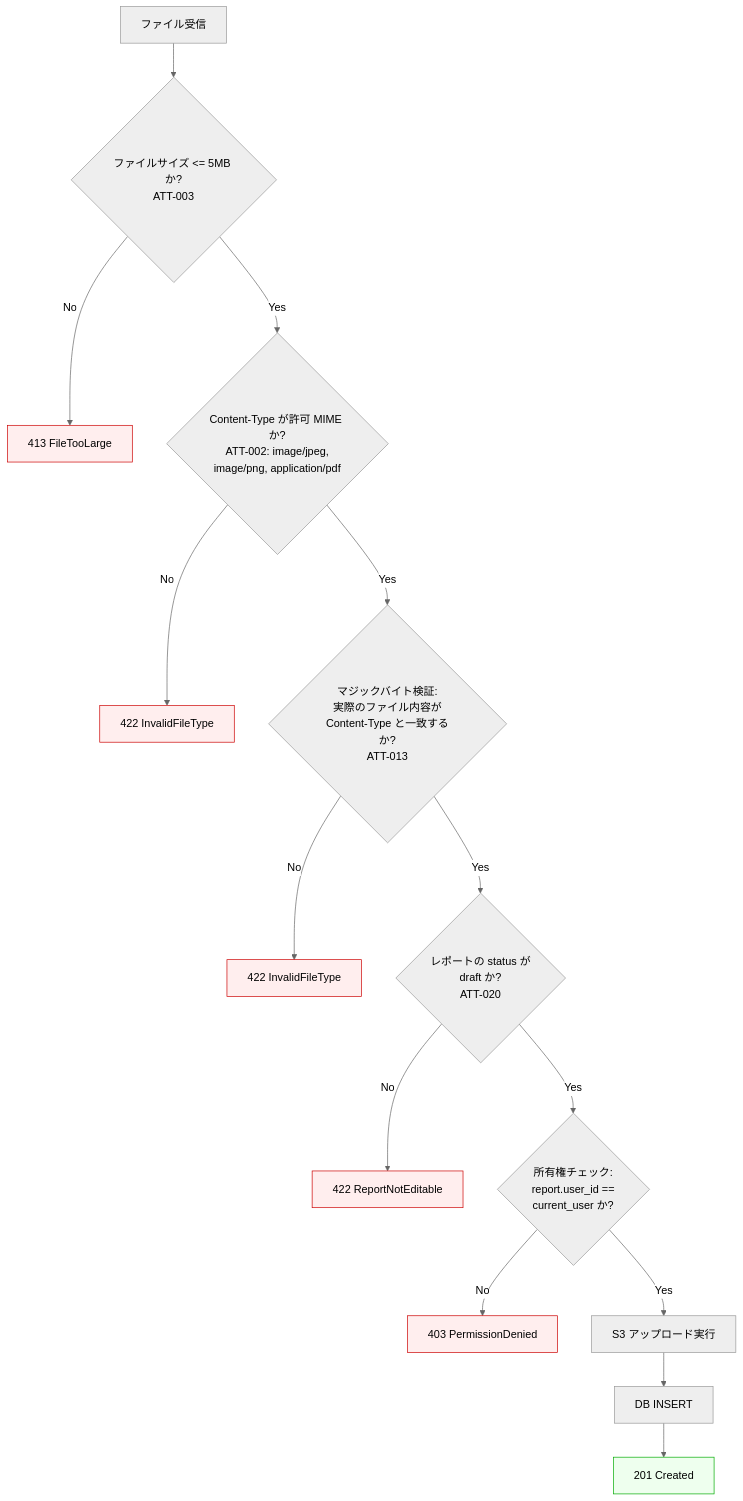
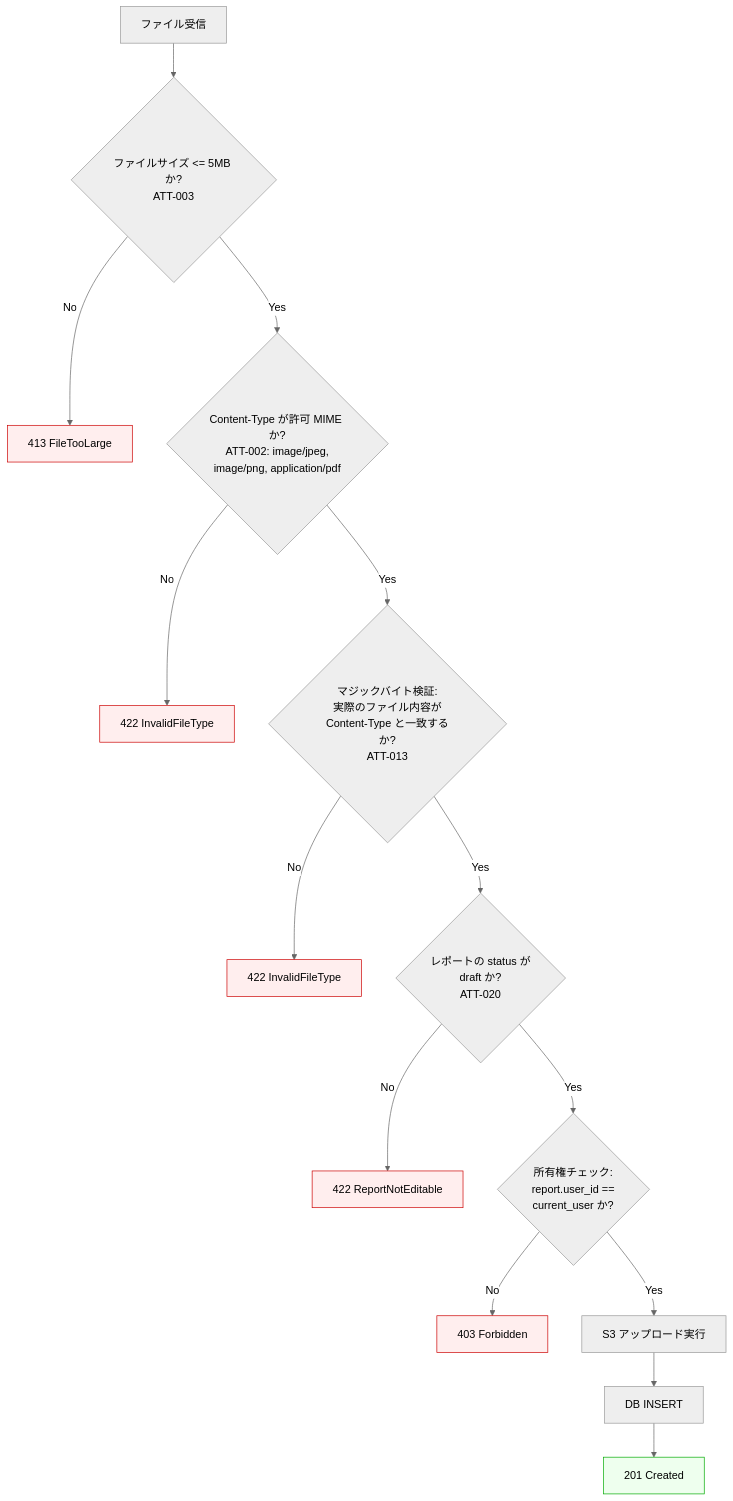
The diagram in deliverables/docs/50_detail_design/files.md (atsuro128/dev-journal), drawn with Mermaid (neutral theme) before and after one commit. The commit also changed other lines of this file and 9 other files, not shown here.

First line of the commit message:
fix: PERMISSION_DENIED を FORBIDDEN に統一（review-finding 051・上流 RBC-004 準拠）

````diff
--- a/deliverables/docs/50_detail_design/files.md
+++ b/deliverables/docs/50_detail_design/files.md
@@ -490,23 +490,23 @@
 ```mermaid
 graph TD
     A[ファイル受信] --> B{ファイルサイズ <= 5MB か?<br/>ATT-003}
     B -->|No| E1[413 FileTooLarge]
     B -->|Yes| C{Content-Type が許可 MIME か?<br/>ATT-002: image/jpeg,<br/>image/png, application/pdf}
     C -->|No| E2[422 InvalidFileType]
     C -->|Yes| D{マジックバイト検証:<br/>実際のファイル内容が<br/>Content-Type と一致するか?<br/>ATT-013}
     D -->|No| E3[422 InvalidFileType]
     D -->|Yes| F{レポートの status が<br/>draft か?<br/>ATT-020}
     F -->|No| E4[422 ReportNotEditable]
     F -->|Yes| G{所有権チェック:<br/>report.user_id ==<br/>current_user か?}
-    G -->|No| E5[403 PermissionDenied]
+    G -->|No| E5[403 Forbidden]
     G -->|Yes| H[S3 アップロード実行]
     H --> I[DB INSERT]
     I --> S[201 Created]
 
     style E1 fill:#fee,stroke:#c00
     style E2 fill:#fee,stroke:#c00
     style E3 fill:#fee,stroke:#c00
     style E4 fill:#fee,stroke:#c00
     style E5 fill:#fee,stroke:#c00
     style S fill:#efe,stroke:#0a0
 ```
````
